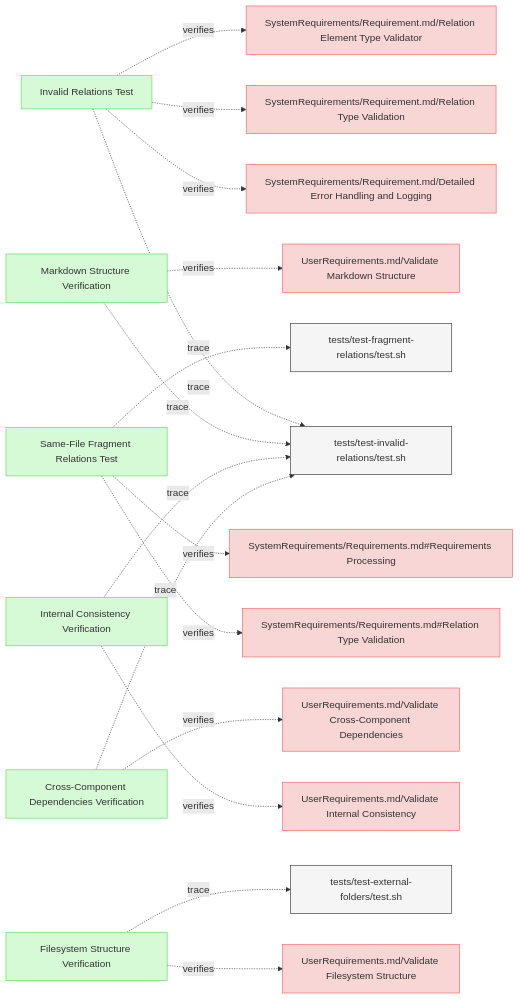
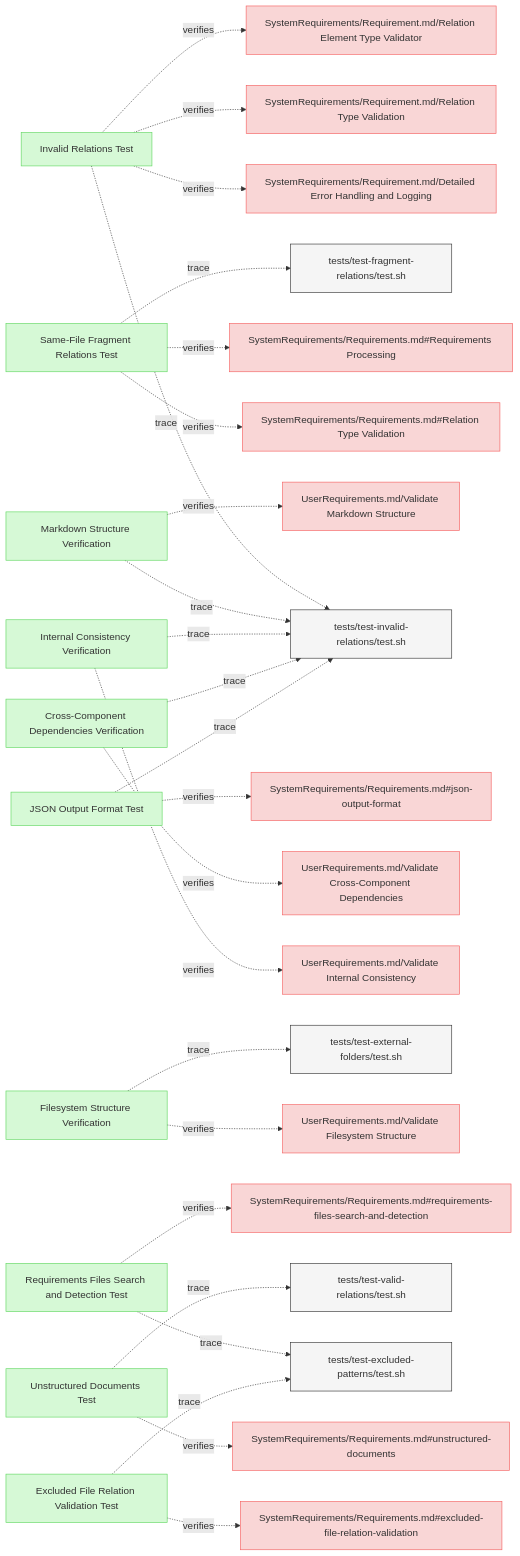
Before and after one commit to reqvire-org/reqvire: the first of 2 diagrams in specifications/Verifications/ValidationTests.md, drawn with Mermaid. The commit also changed other lines of this file and 4 other files, not shown here.

````diff
--- a/specifications/Verifications/ValidationTests.md
+++ b/specifications/Verifications/ValidationTests.md
@@ -85,4 +85,46 @@
   click cross_component_req "../UserRequirements.md#validate-cross-component-dependencies";
   cross_component_verification -.->|verifies| cross_component_req;
   cross_component_verification -.->|trace| c86fd6ece7a8668a;
+  
+  json_output_verification["JSON Output Format Test"];
+  click json_output_verification "ValidationTests.md#json-output-format-test";
+  class json_output_verification verification;
+  json_output_req["SystemRequirements/Requirements.md#json-output-format"];
+  class json_output_req requirement;
+  click json_output_req "../SystemRequirements/Requirements.md#json-output-format";
+  json_output_verification -.->|verifies| json_output_req;
+  json_output_verification -.->|trace| c86fd6ece7a8668a;
+  
+  files_search_verification["Requirements Files Search and Detection Test"];
+  click files_search_verification "ValidationTests.md#requirements-files-search-and-detection-test";
+  class files_search_verification verification;
+  files_search_req["SystemRequirements/Requirements.md#requirements-files-search-and-detection"];
+  class files_search_req requirement;
+  click files_search_req "../SystemRequirements/Requirements.md#requirements-files-search-and-detection";
+  files_search_verification -.->|verifies| files_search_req;
+  excl_patterns_test["tests/test-excluded-patterns/test.sh"];
+  class excl_patterns_test default;
+  click excl_patterns_test "../../tests/test-excluded-patterns/test.sh";
+  files_search_verification -.->|trace| excl_patterns_test;
+  
+  unstructured_docs_verification["Unstructured Documents Test"];
+  click unstructured_docs_verification "ValidationTests.md#unstructured-documents-test";
+  class unstructured_docs_verification verification;
+  unstructured_docs_req["SystemRequirements/Requirements.md#unstructured-documents"];
+  class unstructured_docs_req requirement;
+  click unstructured_docs_req "../SystemRequirements/Requirements.md#unstructured-documents";
+  unstructured_docs_verification -.->|verifies| unstructured_docs_req;
+  valid_rel_test["tests/test-valid-relations/test.sh"];
+  class valid_rel_test default;
+  click valid_rel_test "../../tests/test-valid-relations/test.sh";
+  unstructured_docs_verification -.->|trace| valid_rel_test;
+  
+  excluded_file_relation_verification["Excluded File Relation Validation Test"];
+  click excluded_file_relation_verification "ValidationTests.md#excluded-file-relation-validation-test";
+  class excluded_file_relation_verification verification;
+  excluded_file_relation_req["SystemRequirements/Requirements.md#excluded-file-relation-validation"];
+  class excluded_file_relation_req requirement;
+  click excluded_file_relation_req "../SystemRequirements/Requirements.md#excluded-file-relation-validation";
+  excluded_file_relation_verification -.->|verifies| excluded_file_relation_req;
+  excluded_file_relation_verification -.->|trace| excl_patterns_test;
 ```
````
